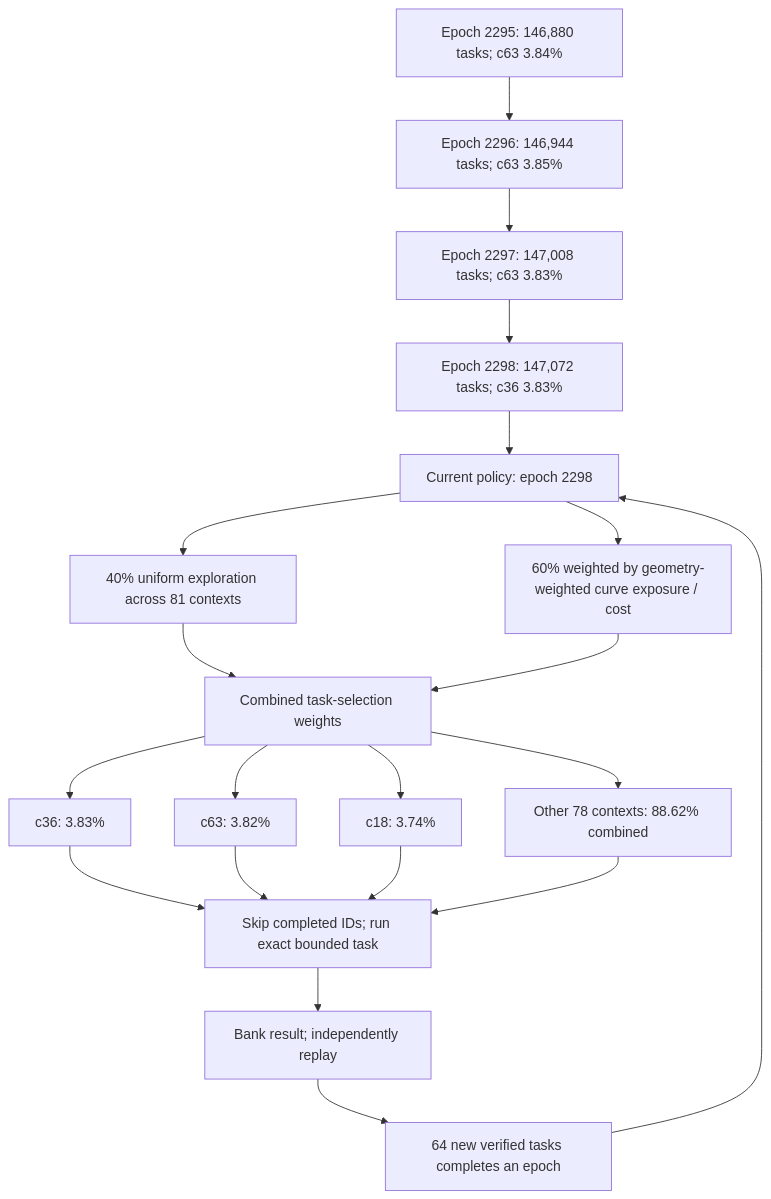
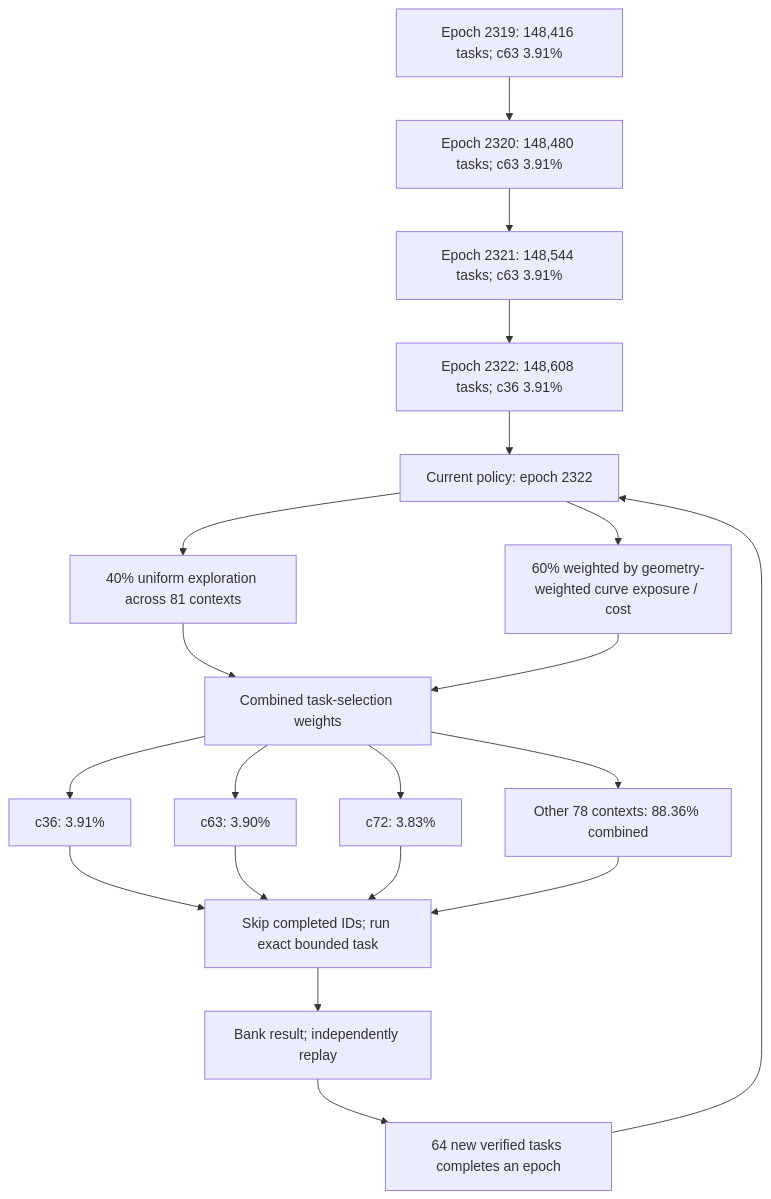
One commit to Kuberwastaken/math-gambling changed the first of 3 diagrams in README.md. Above: the diagram before and after it, drawn with Mermaid. The commit also changed other lines of this file and 3110 other files, not shown here.

````diff
--- a/README.md
+++ b/README.md
@@ -56,27 +56,27 @@
 ```mermaid
 flowchart TD
-    H0["Epoch 2295: 146,880 tasks; c63 3.84%"]
-    H1["Epoch 2296: 146,944 tasks; c63 3.85%"]
+    H0["Epoch 2319: 148,416 tasks; c63 3.91%"]
+    H1["Epoch 2320: 148,480 tasks; c63 3.91%"]
     H0 --> H1
-    H2["Epoch 2297: 147,008 tasks; c63 3.83%"]
+    H2["Epoch 2321: 148,544 tasks; c63 3.91%"]
     H1 --> H2
-    H3["Epoch 2298: 147,072 tasks; c36 3.83%"]
+    H3["Epoch 2322: 148,608 tasks; c36 3.91%"]
     H2 --> H3
-    Policy["Current policy: epoch 2298"]
+    Policy["Current policy: epoch 2322"]
     H3 --> Policy
     Policy --> Explore["40% uniform exploration across 81 contexts"]
     Policy --> Cost["60% weighted by geometry-weighted curve exposure / cost"]
     Explore --> Mix["Combined task-selection weights"]
     Cost --> Mix
-    Mix --> C0["c36: 3.83%"]
-    Mix --> C1["c63: 3.82%"]
-    Mix --> C2["c18: 3.74%"]
-    Mix --> Rest["Other 78 contexts: 88.62% combined"]
+    Mix --> C0["c36: 3.91%"]
+    Mix --> C1["c63: 3.90%"]
+    Mix --> C2["c72: 3.83%"]
+    Mix --> Rest["Other 78 contexts: 88.36% combined"]
     C0 --> Check["Skip completed IDs; run exact bounded task"]
     C1 --> Check
     C2 --> Check
     Rest --> Check
     Check --> Replay["Bank result; independently replay"]
     Replay --> Gate["64 new verified tasks completes an epoch"]
     Gate --> Policy
 ```
````
